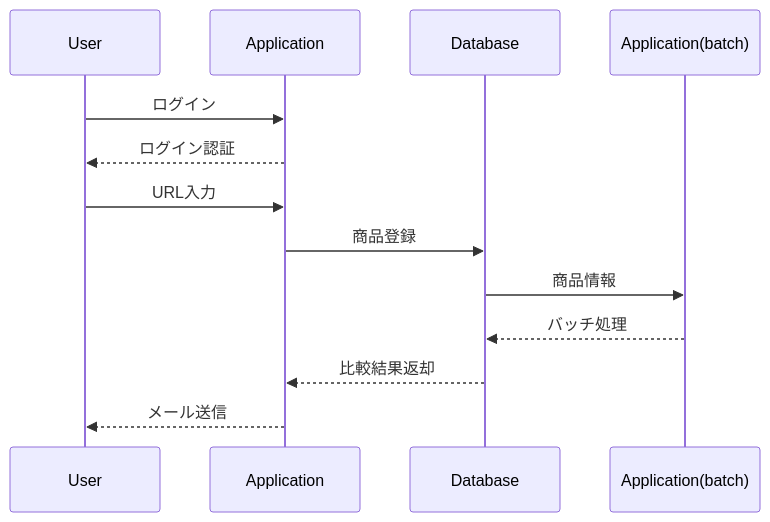
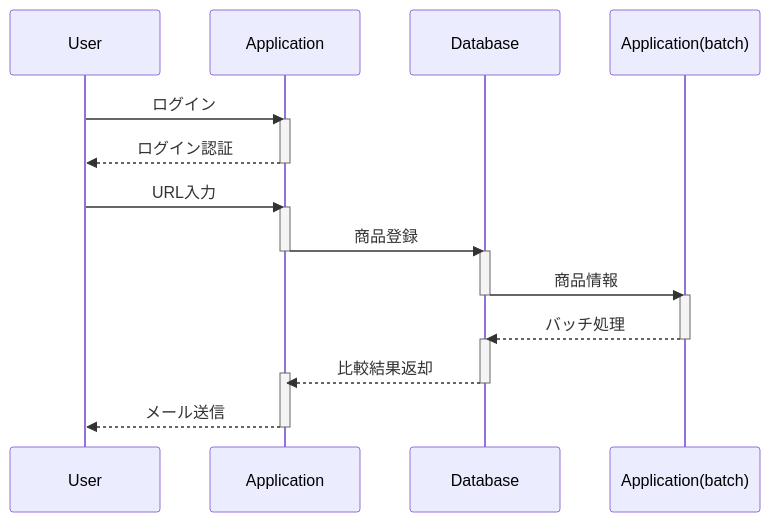
The second of 2 diagrams in README.md (manae111/scraping-app), drawn with Mermaid before and after one commit.

````diff
--- a/README.md
+++ b/README.md
@@ -137,19 +137,31 @@
 ```mermaid
 
 sequenceDiagram
     participant User
     participant Application
     participant Database
     participant Application(batch)
-
+    
     User ->> Application: ログイン
+    activate Application
     Application -->> User: ログイン認証
+    deactivate Application
 
     User ->> Application: URL入力
+    activate Application
     Application ->> Database: 商品登録
+    deactivate Application
+    activate Database
     Database ->> Application(batch): 商品情報
+    deactivate Database
+    activate Application(batch)
     Application(batch) -->> Database: バッチ処理
+    deactivate Application(batch)
+    activate Database
     Database -->> Application: 比較結果返却
-  　Application -->> User: メール送信
+    activate Application
+    deactivate Database
+    Application -->> User: メール送信
+    deactivate Application
 
 ```
````
